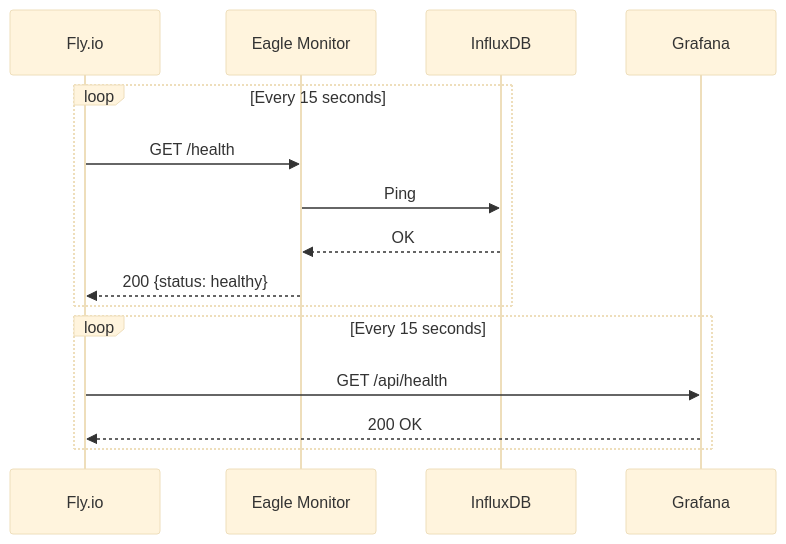
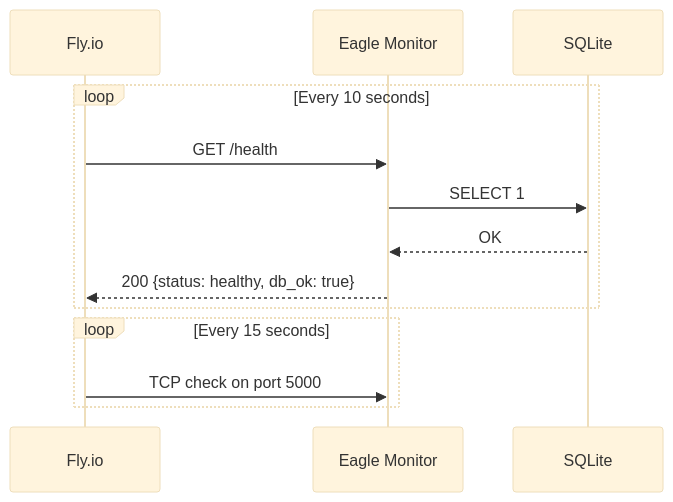
Before and after one commit to murr2k/linknode-com: the ninth of 9 diagrams in docs/THEORY_OF_OPERATION.md, drawn with Mermaid (base theme). The commit also changed other lines of this file and 47 other files, not shown here.

````diff
--- a/docs/THEORY_OF_OPERATION.md
+++ b/docs/THEORY_OF_OPERATION.md
@@ -428,19 +466,17 @@
 ```mermaid
 sequenceDiagram
     participant FLY as Fly.io
     participant EM as Eagle Monitor
-    participant IDB as InfluxDB
-    participant GF as Grafana
+    participant DB as SQLite
 
-    loop Every 15 seconds
+    loop Every 10 seconds
         FLY->>EM: GET /health
-        EM->>IDB: Ping
-        IDB-->>EM: OK
-        EM-->>FLY: 200 {status: healthy}
+        EM->>DB: SELECT 1
+        DB-->>EM: OK
+        EM-->>FLY: 200 {status: healthy, db_ok: true}
     end
 
     loop Every 15 seconds
-        FLY->>GF: GET /api/health
-        GF-->>FLY: 200 OK
+        FLY->>EM: TCP check on port 5000
     end
 ```
````
